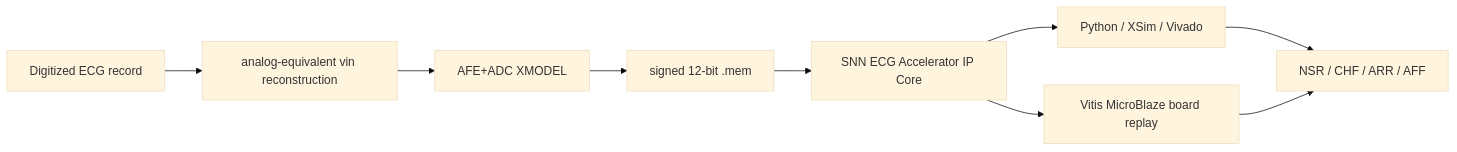
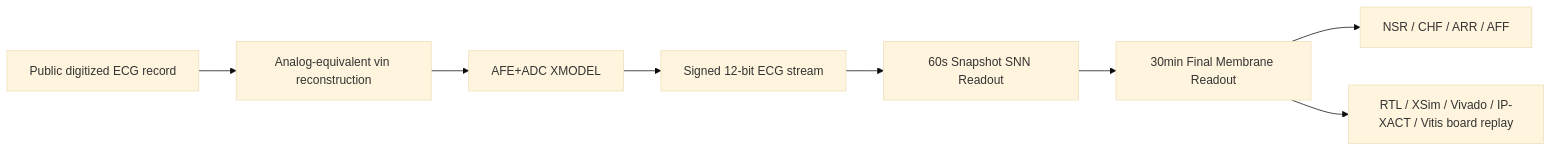
The diagram in README.md (Sheep-gun/ECG-SoC-Integrated), drawn with Mermaid (base theme) before and after one commit. The commit also changed other lines of this file and 363 other files, not shown here.

````diff
--- a/README.md
+++ b/README.md
@@ -15,11 +13,10 @@
 ```mermaid
 flowchart LR
-    A["Digitized ECG record"] --> B["analog-equivalent vin reconstruction"]
+    A["Public digitized ECG record"] --> B["Analog-equivalent vin reconstruction"]
     B --> C["AFE+ADC XMODEL"]
-    C --> D["signed 12-bit .mem"]
-    D --> E["SNN ECG Accelerator IP Core"]
-    E --> F["Python / XSim / Vivado"]
-    E --> G["Vitis MicroBlaze board replay"]
-    F --> H["NSR / CHF / ARR / AFF"]
-    G --> H
+    C --> D["Signed 12-bit ECG stream"]
+    D --> E["60s Snapshot SNN Readout"]
+    E --> F["30min Final Membrane Readout"]
+    F --> G["NSR / CHF / ARR / AFF"]
+    F --> H["RTL / XSim / Vivado / IP-XACT / Vitis board replay"]
 ```
````
